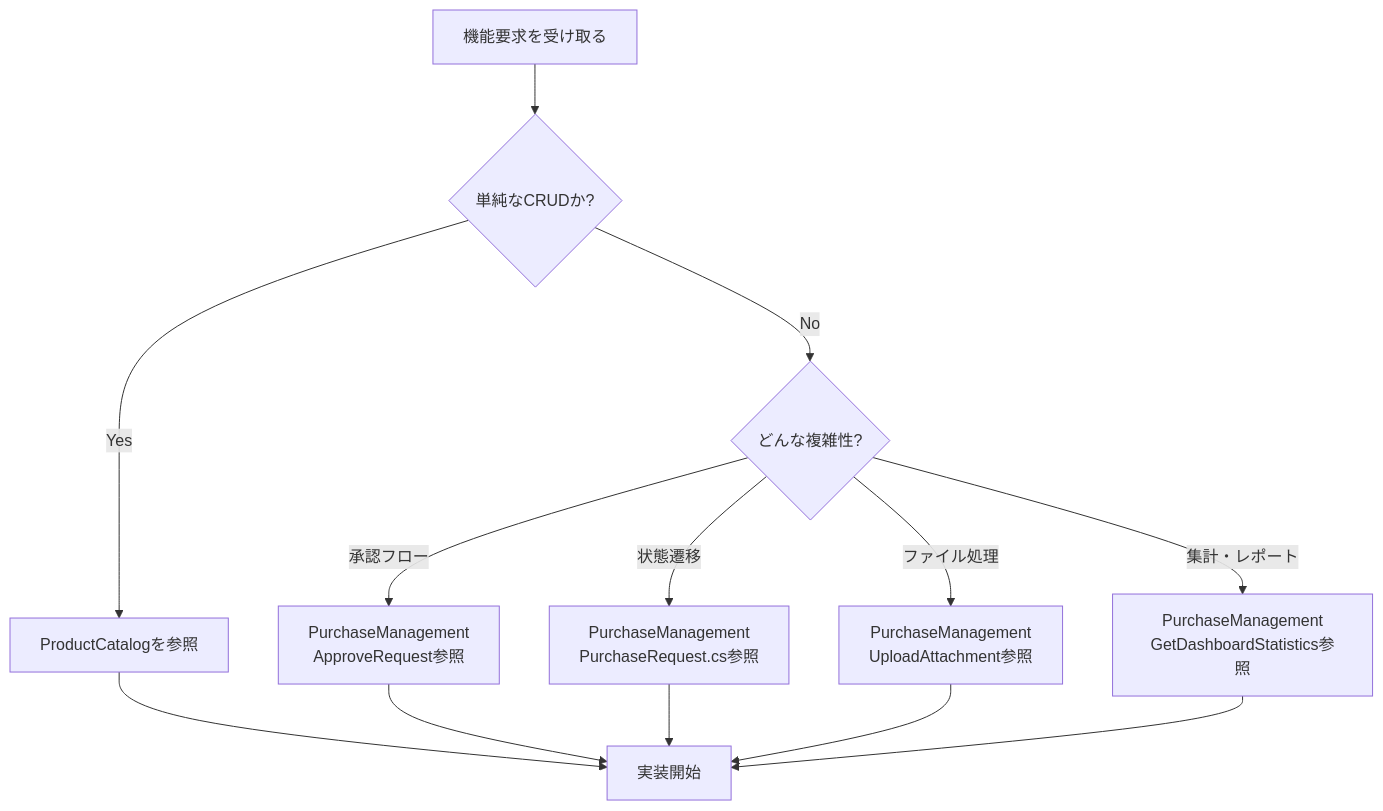
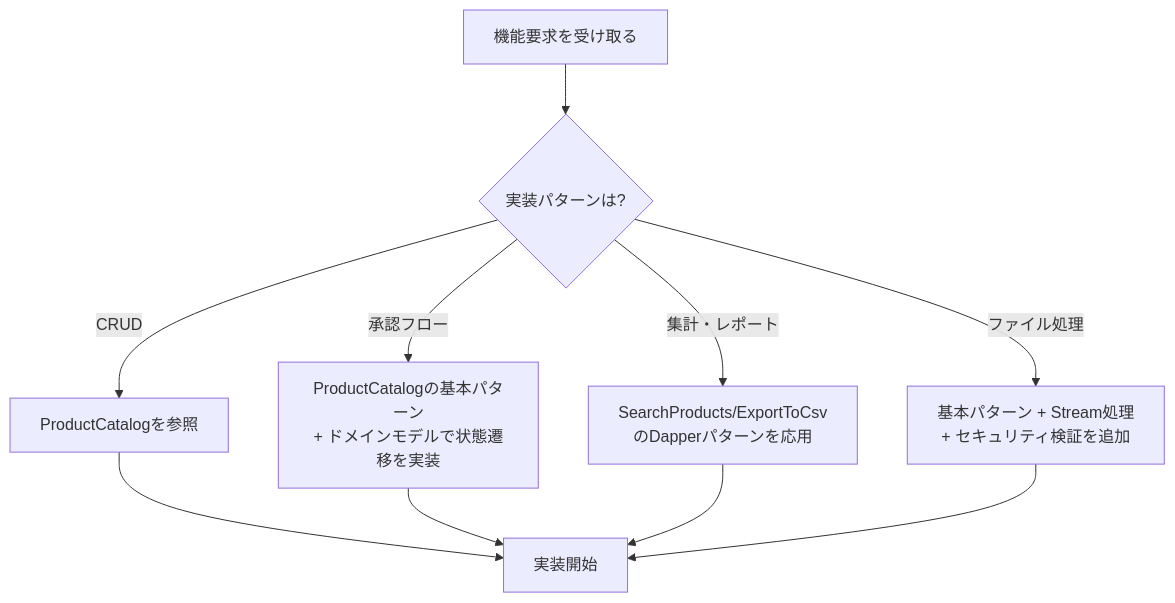
Before and after one commit to akiramei/blazor-enterprise-architecture-poc: the second of 2 diagrams in docs/blazor-guide-package/docs/19_AIへの実装ガイド.md, drawn with Mermaid. The commit also changed other lines of this file and 2 other files, not shown here.

First line of the commit message:
docs: PurchaseManagement BC参照を削除し警告を追加

````diff
--- a/docs/blazor-guide-package/docs/19_AIへの実装ガイド.md
+++ b/docs/blazor-guide-package/docs/19_AIへの実装ガイド.md
@@ -575,17 +578,13 @@
 ```mermaid
 graph TD
-    A[機能要求を受け取る] --> B{単純なCRUDか?}
-    B -->|Yes| C[ProductCatalogを参照]
-    B -->|No| D{どんな複雑性?}
+    A[機能要求を受け取る] --> B{実装パターンは?}
+    B -->|CRUD| C[ProductCatalogを参照]
+    B -->|承認フロー| D[ProductCatalogの基本パターン<br/>+ ドメインモデルで状態遷移を実装]
+    B -->|集計・レポート| E[SearchProducts/ExportToCsv<br/>のDapperパターンを応用]
+    B -->|ファイル処理| F[基本パターン + Stream処理<br/>+ セキュリティ検証を追加]
 
-    D -->|承認フロー| E[PurchaseManagement<br/>ApproveRequest参照]
-    D -->|状態遷移| F[PurchaseManagement<br/>PurchaseRequest.cs参照]
-    D -->|ファイル処理| G[PurchaseManagement<br/>UploadAttachment参照]
-    D -->|集計・レポート| H[PurchaseManagement<br/>GetDashboardStatistics参照]
-
-    C --> I[実装開始]
-    E --> I
-    F --> I
-    G --> I
-    H --> I
+    C --> G[実装開始]
+    D --> G
+    E --> G
+    F --> G
 ```
````
